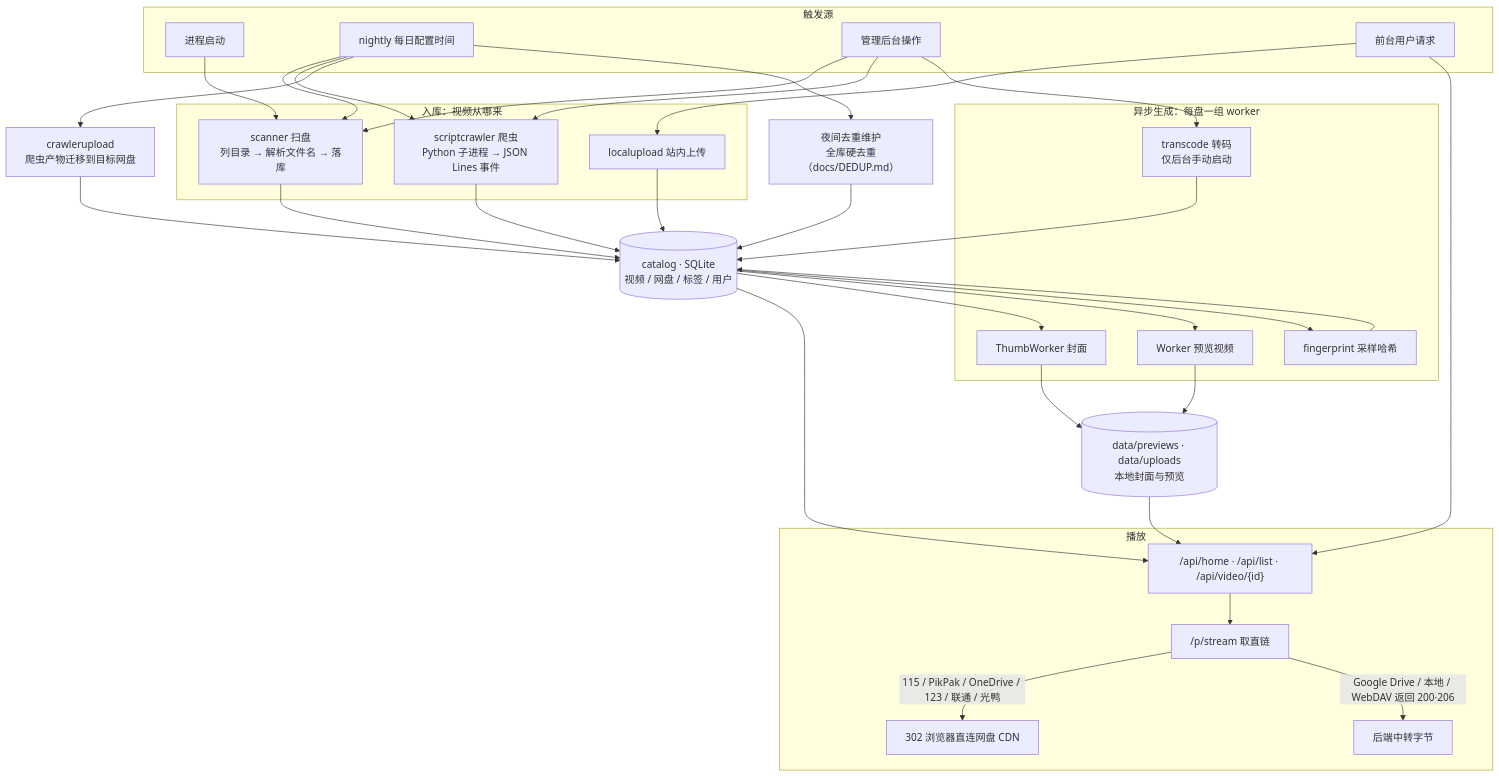
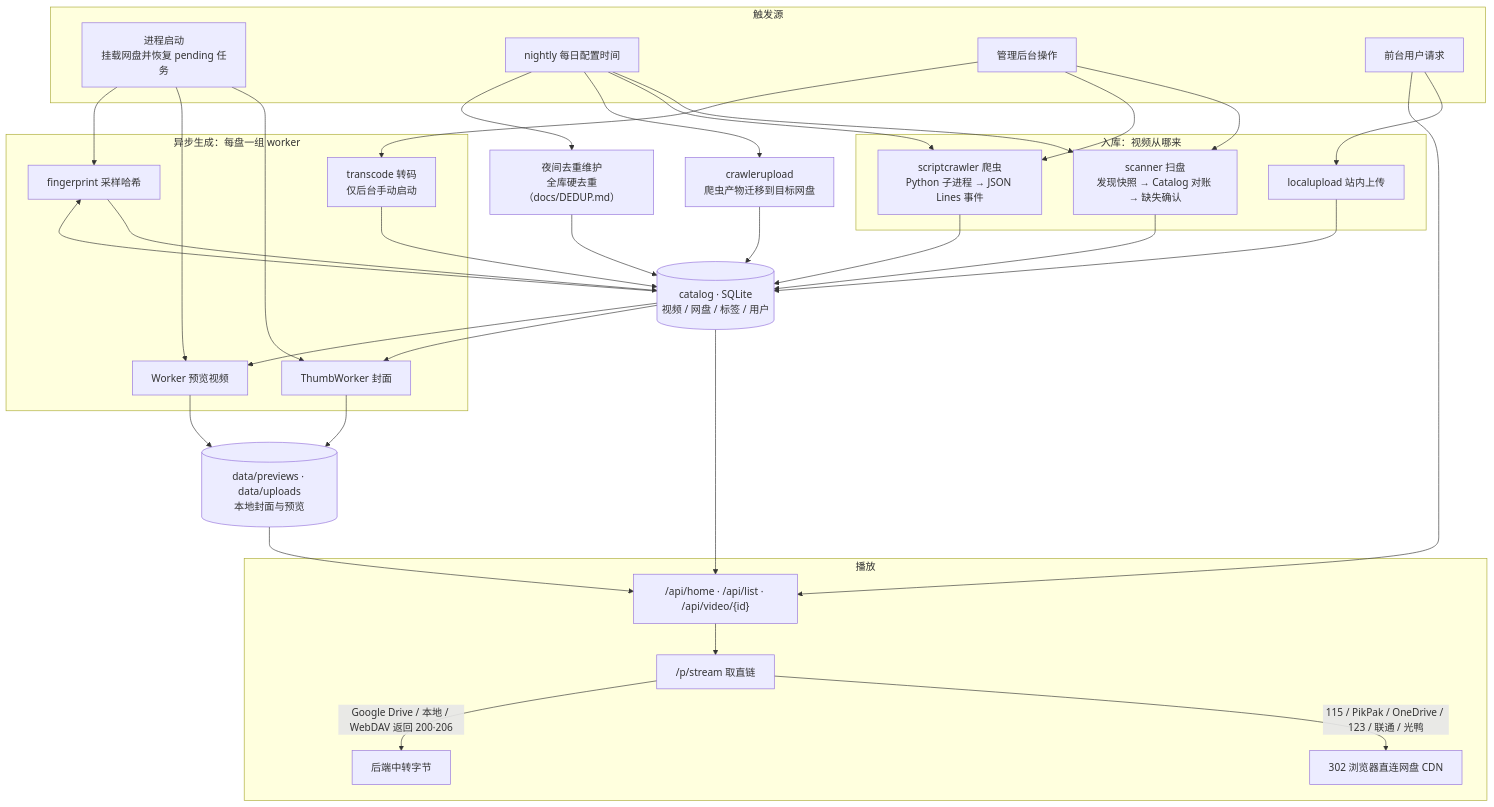
One commit to BAIBAIGE/91 changed the first of 3 diagrams in backend/README.md. Above: the diagram before and after it, drawn with Mermaid. The commit also changed other lines of this file and 13 other files, not shown here.

````diff
--- a/backend/README.md
+++ b/backend/README.md
@@ -149,67 +154,69 @@
 ```mermaid
 flowchart TB
     subgraph TRIG["触发源"]
-        BOOT["进程启动"]
+        BOOT["进程启动<br/>挂载网盘并恢复 pending 任务"]
         CRON["nightly 每日配置时间"]
         ADMIN["管理后台操作"]
         USER["前台用户请求"]
     end
 
     subgraph INGEST["入库：视频从哪来"]
-        SCAN["scanner 扫盘<br/>列目录 → 解析文件名 → 落库"]
+        SCAN["scanner 扫盘<br/>发现快照 → Catalog 对账 → 缺失确认"]
         CRAWL["scriptcrawler 爬虫<br/>Python 子进程 → JSON Lines 事件"]
         UPLOAD["localupload 站内上传"]
     end
 
     CAT[("catalog · SQLite<br/>视频 / 网盘 / 标签 / 用户")]
 
     subgraph GEN["异步生成：每盘一组 worker"]
         THUMB["ThumbWorker 封面"]
         PREV["Worker 预览视频"]
         FP["fingerprint 采样哈希"]
         TRANS["transcode 转码<br/>仅后台手动启动"]
     end
 
     DISK[("data/previews · data/uploads<br/>本地封面与预览")]
 
     subgraph PLAY["播放"]
         LIST["/api/home · /api/list · /api/video/{id}"]
         PROXY["/p/stream 取直链"]
         R302["302 浏览器直连网盘 CDN"]
         RELAY["后端中转字节"]
     end
 
     MIG["crawlerupload<br/>爬虫产物迁移到目标网盘"]
     DEDUP["夜间去重维护<br/>全库硬去重（docs/DEDUP.md）"]
 
-    BOOT --> SCAN
+    BOOT --> THUMB
+    BOOT --> PREV
+    BOOT --> FP
     CRON --> SCAN
     CRON --> CRAWL
     CRON --> MIG
     CRON --> DEDUP
     ADMIN --> SCAN
     ADMIN --> CRAWL
     ADMIN --> TRANS
     USER --> UPLOAD
     USER --> LIST
 
     SCAN --> CAT
     CRAWL --> CAT
     UPLOAD --> CAT
     MIG --> CAT
     DEDUP --> CAT
 
     CAT --> THUMB
     CAT --> PREV
     CAT --> FP
     THUMB --> DISK
     PREV --> DISK
     FP --> CAT
     TRANS --> CAT
 
     CAT --> LIST
     LIST --> PROXY
     PROXY -->|"115 / PikPak / OneDrive / 123 / 联通 / 光鸭"| R302
     PROXY -->|"Google Drive / 本地 / WebDAV 返回 200·206"| RELAY
     DISK --> LIST
 ```
````
